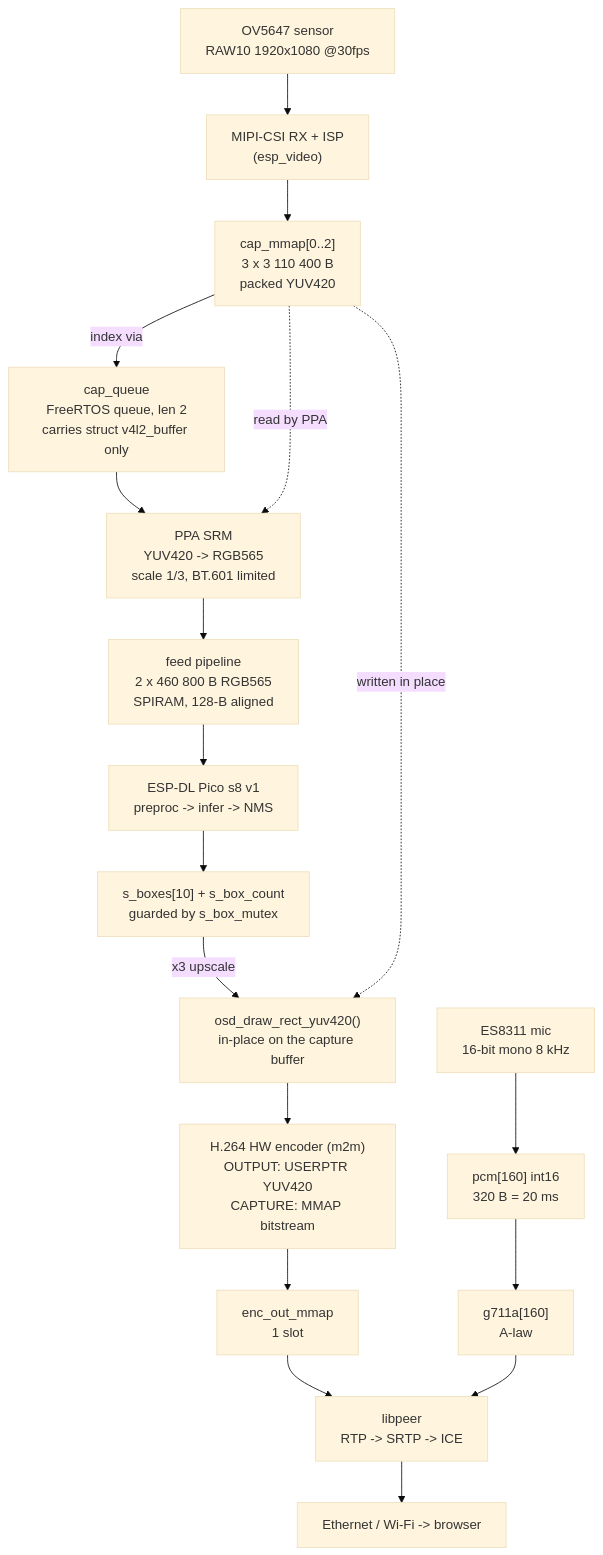
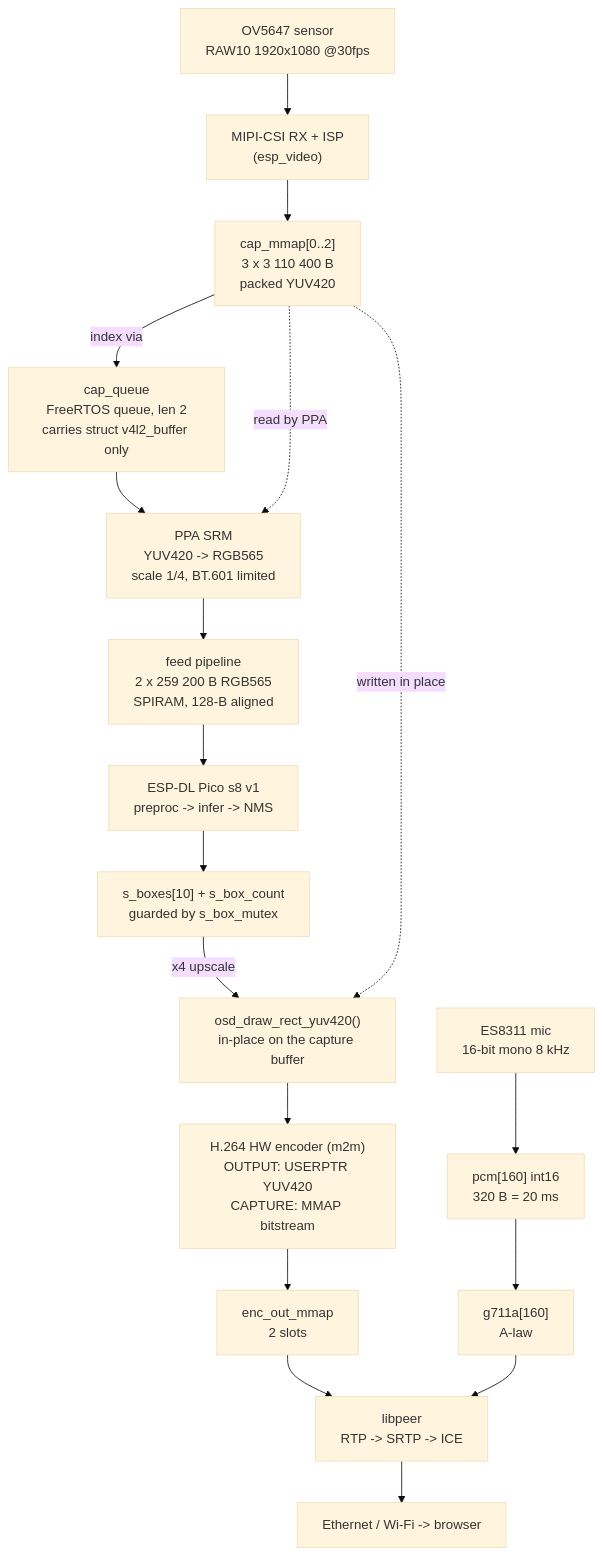
Before and after one commit to thanhbinh89/esp32-ipc: the first of 7 diagrams in DATAFLOW.md, drawn with Mermaid (base theme). The commit also changed other lines of this file and 45 other files, not shown here.

````diff
--- a/DATAFLOW.md
+++ b/DATAFLOW.md
@@ -12,32 +12,32 @@
 ```mermaid
 graph TD
     OV["OV5647 sensor<br/>RAW10 1920x1080 @30fps"]
     CSI["MIPI-CSI RX + ISP<br/>(esp_video)"]
     CAPBUF["cap_mmap[0..2]<br/>3 x 3 110 400 B<br/>packed YUV420"]
     CAPQ["cap_queue<br/>FreeRTOS queue, len 2<br/>carries struct v4l2_buffer only"]
-    PPA["PPA SRM<br/>YUV420 -> RGB565<br/>scale 1/3, BT.601 limited"]
-    FEED["feed pipeline<br/>2 x 460 800 B RGB565<br/>SPIRAM, 128-B aligned"]
+    PPA["PPA SRM<br/>YUV420 -> RGB565<br/>scale 1/4, BT.601 limited"]
+    FEED["feed pipeline<br/>2 x 259 200 B RGB565<br/>SPIRAM, 128-B aligned"]
     DL["ESP-DL Pico s8 v1<br/>preproc -> infer -> NMS"]
     BSTORE["s_boxes[10] + s_box_count<br/>guarded by s_box_mutex"]
     OSDB["osd_draw_rect_yuv420()<br/>in-place on the capture buffer"]
     H264["H.264 HW encoder (m2m)<br/>OUTPUT: USERPTR YUV420<br/>CAPTURE: MMAP bitstream"]
-    ENCBUF["enc_out_mmap<br/>1 slot"]
+    ENCBUF["enc_out_mmap<br/>2 slots"]
     LP["libpeer<br/>RTP -> SRTP -> ICE"]
     NET["Ethernet / Wi-Fi -> browser"]
 
     MIC["ES8311 mic<br/>16-bit mono 8 kHz"]
     PCM["pcm[160] int16<br/>320 B = 20 ms"]
     G711["g711a[160]<br/>A-law"]
 
     OV --> CSI --> CAPBUF
     CAPBUF -- "index via" --> CAPQ
     CAPQ --> PPA
     CAPBUF -. "read by PPA" .-> PPA
     PPA --> FEED --> DL --> BSTORE
-    BSTORE -- "x3 upscale" --> OSDB
+    BSTORE -- "x4 upscale" --> OSDB
     CAPBUF -. "written in place" .-> OSDB
     OSDB --> H264
     H264 --> ENCBUF --> LP
     MIC --> PCM --> G711 --> LP
     LP --> NET
 ```
````
